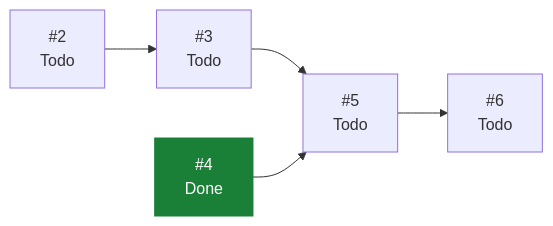
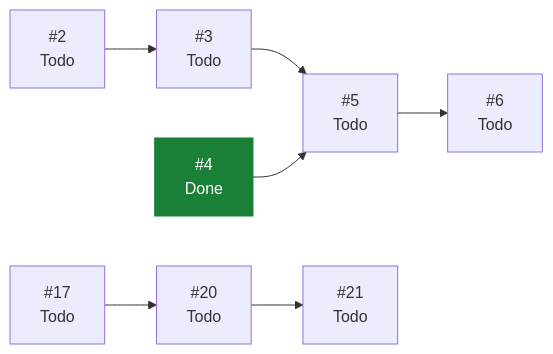
Before and after one commit to ecamp0s/evault: the diagram in docs/planning/STATUS.md, drawn with Mermaid. The commit also changed other lines of this file, not shown here.

````diff
--- a/docs/planning/STATUS.md
+++ b/docs/planning/STATUS.md
@@ -51,14 +53,19 @@
 ```mermaid
 graph LR
   I2["#2<br/>Todo"]
   I3["#3<br/>Todo"]
   I4["#4<br/>Done"]
   I5["#5<br/>Todo"]
   I6["#6<br/>Todo"]
+  I17["#17<br/>Todo"]
+  I20["#20<br/>Todo"]
+  I21["#21<br/>Todo"]
   I2 --> I3
   I3 --> I5
   I4 --> I5
   I5 --> I6
+  I17 --> I20
+  I20 --> I21
   classDef hecho fill:#1a7f37,stroke:#1a7f37,color:#fff;
   class I4 hecho;
 ```
````
